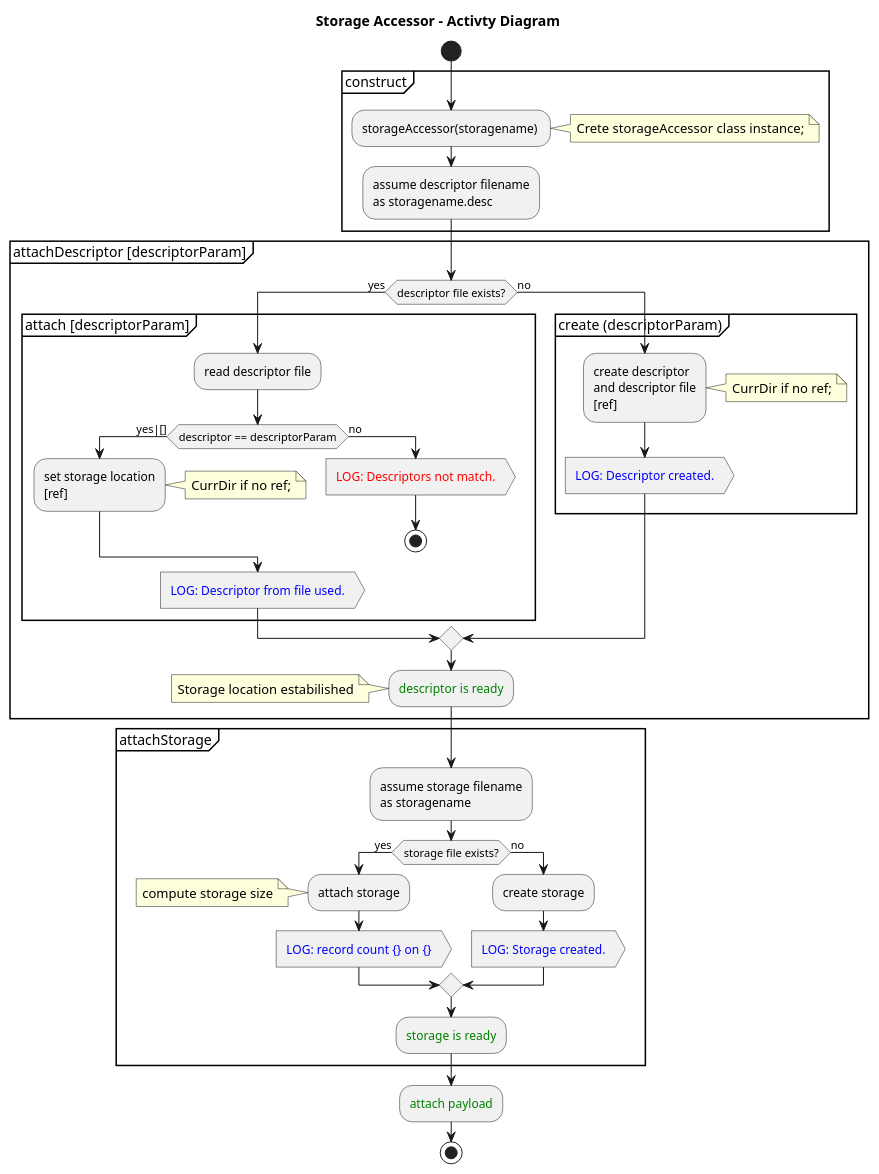
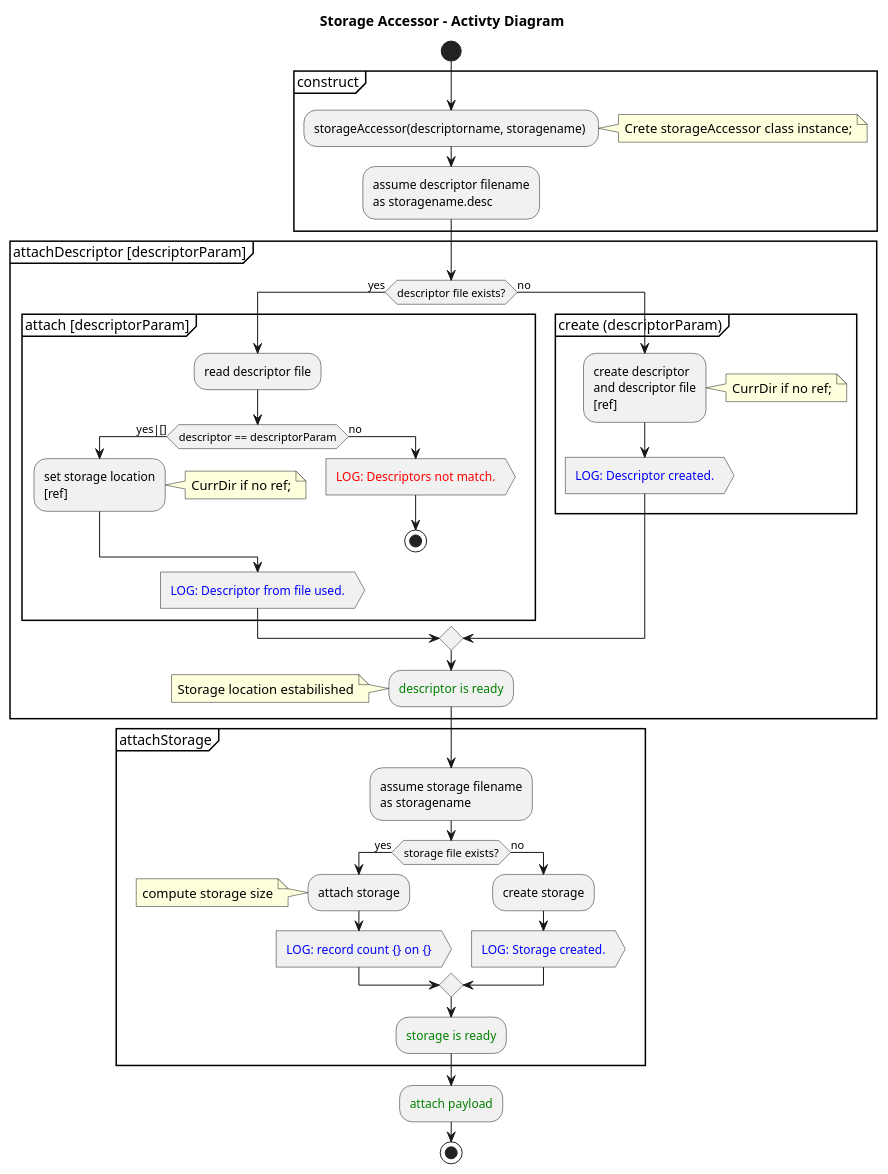
Before and after one commit to michalwidera/retractordb: the diagram in src/rdb/UML/rdb-storageaccessor.puml, drawn with PlantUML. The commit also changed 11 other files, not shown here.

```diff
--- a/src/rdb/UML/rdb-storageaccessor.puml
+++ b/src/rdb/UML/rdb-storageaccessor.puml
@@ -1,65 +1,65 @@
 @startuml
 
 title Storage Accessor - Activty Diagram
 
 start
 
 partition "construct" {
-:storageAccessor(storagename) ;
+:storageAccessor(descriptorname, storagename) ;
 note right: Crete storageAccessor class instance;
 
 :assume descriptor filename
 as storagename.desc;
 }
 
 partition "attachDescriptor [descriptorParam]" {
 if (descriptor file exists?) then (yes)
 	partition "attach [descriptorParam]" {
   :read descriptor file;
   if (descriptor == descriptorParam) then (yes|[])
     :set storage location
     [ref];
     note right: CurrDir if no ref;
   else (no)
     :<color:red>LOG: Descriptors not match.>
     stop
   endif
   :<color blue>LOG: Descriptor from file used.>
   }
 else (no)
 	partition "create (descriptorParam)" {
 	  :create descriptor
 	  and descriptor file
 	  [ref];
 	  note right: CurrDir if no ref;
 	  :<color blue>LOG: Descriptor created.>
 	}
 endif
 
 :<color:green>descriptor is ready;
 
 note left: Storage location estabilished
 }
 
 partition "attachStorage" {
 
 :assume storage filename
 as storagename;
 
 if (storage file exists?) then (yes)
   :attach storage;
   note left: compute storage size
   :<color blue>LOG: record count {} on {}>
 else (no)
   :create storage;
   :<color blue>LOG: Storage created.>
 endif
 
 :<color:green>storage is ready;
 }
 
 :<color:green>attach payload;
 
 stop
 
 @enduml
```
